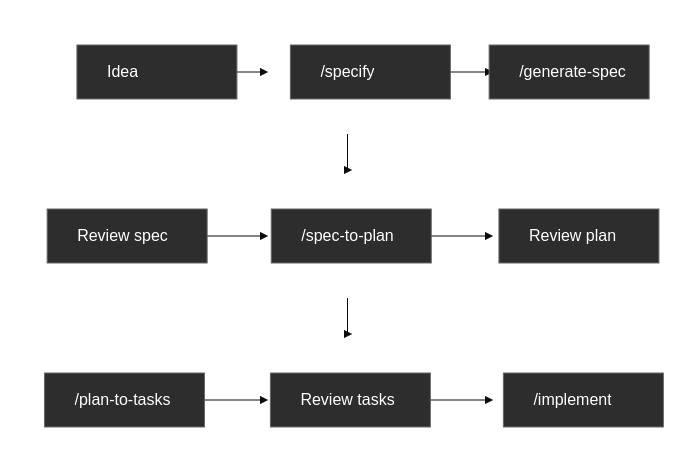
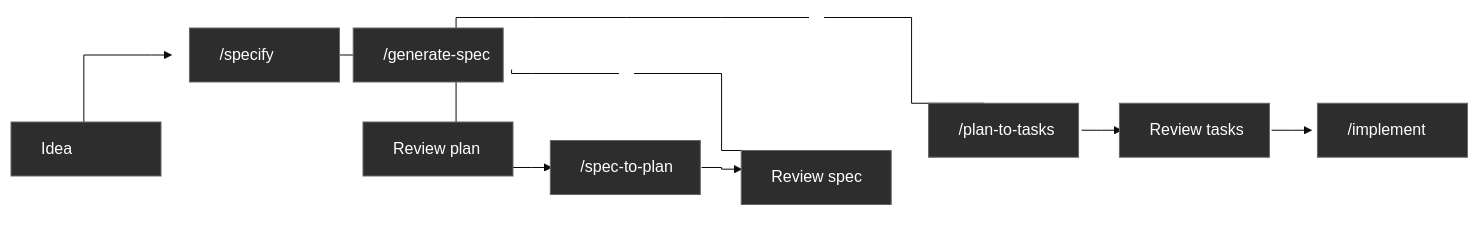
One commit to Zts0hg/codexspec changed the second of 3 diagrams in README.md. Above: the diagram before and after it, drawn with Mermaid.

Commit message:
refactor(readme): 优化Mermaid图表样式和节点连接方式以提升可读性

````diff
--- a/README.md
+++ b/README.md
@@ -220,40 +220,34 @@
 ```mermaid
 %%{init: {
   'theme': 'base',
   'flowchart': {
     'curve': 'stepBefore',
-    'rankSpacing': 40,
-    'nodeSpacing': 50
+    'nodeSpacing': 40,
+    'rankSpacing': 40
   }
 }}%%
-flowchart TB
-    %% 全局样式复用
-    classDef default fill:#2d2d2d,stroke:#666,stroke-width:1px,color:#fff,width:160px;
+flowchart LR
+    %% 统一节点样式
+    classDef default fill:#2d2d2d,stroke:#666,stroke-width:1px,color:#fff,width:150px;
 
-    %% 第一阶段：定义/规格
-    subgraph Row1 [" "]
-        direction LR
-        A[Idea] --> B["/specify"] --> C["/generate-spec"]
-    end
+    %% 第一行：从左往右
+    A[Idea] --> B["/specify"] --> C["/generate-spec"]
 
-    %% 第二阶段：计划/审核
-    subgraph Row2 [" "]
-        direction LR
-        D["Review spec"] --> E["/spec-to-plan"] --> F["Review plan"]
-    end
+    %% 换行连接：从第一行末尾向下连接到第二行开头
+    %% 这里我们利用一个不可见的节点或者直接连线
+    C --- space1(( )) --- D["Review spec"]
+    style space1 fill:none,stroke:none,color:#fff0
 
-    %% 第三阶段：执行/交付
-    subgraph Row3 [" "]
-        direction LR
-        G["/plan-to-tasks"] --> H["Review tasks"] --> I["/implement"]
-    end
+    %% 第二行：从右往左 (通过反向连接控制位置)
+    F["Review plan"] --> E["/spec-to-plan"] --> D
 
-    %% 连接各行：使用特殊的连接线
-    C --> D
-    F --> G
+    %% 再次换行连接：从第二行末尾向下
+    F --- space2(( )) --- G["/plan-to-tasks"]
+    style space2 fill:none,stroke:none,color:#fff0
 
-    %% 隐藏子图边框，使其看起来更像自然换行
-    style Row1 fill:none,stroke:none
-    style Row2 fill:none,stroke:none
-    style Row3 fill:none,stroke:none
+    %% 第三行：从左往右
+    G --> H["Review tasks"] --> I["/implement"]
+
+    %% 强制对齐 (关键技巧：使用隐藏线让 A, D, G 在同一列)
+    A ~~~ D ~~~ G
 ```
````
